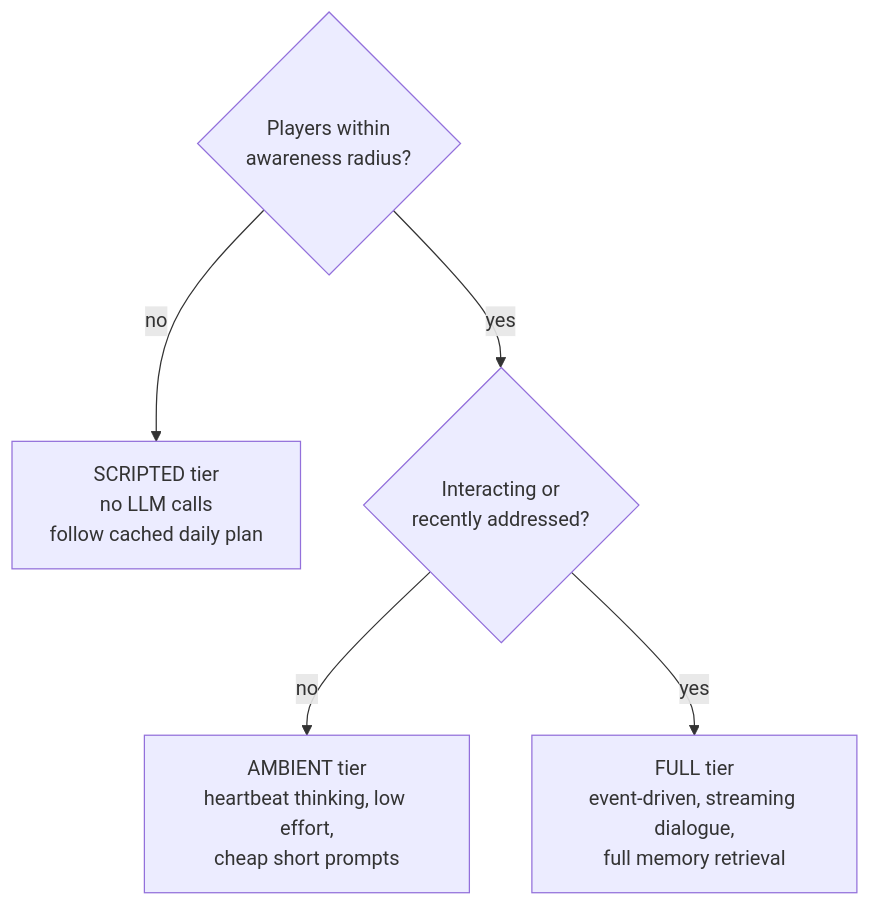
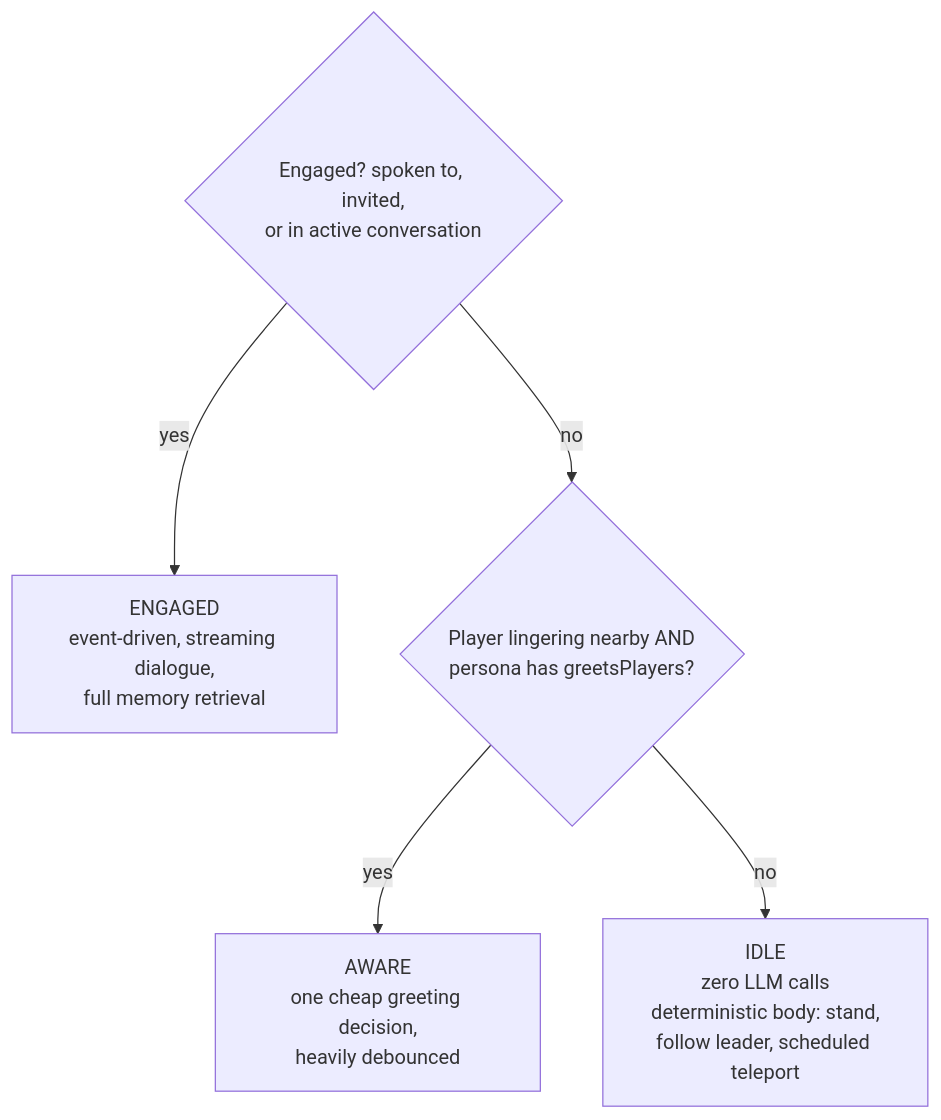
The third of 4 diagrams in docs/npc-engine-design.md (halfaipg/duskfell-poc), drawn with Mermaid before and after one commit. The commit also changed other lines of this file and 2 other files, not shown here.

First line of the commit message:
Document the NPC dialogue milestone and reproduction steps

````diff
--- a/docs/npc-engine-design.md
+++ b/docs/npc-engine-design.md
@@ -178,7 +192,7 @@
 ```mermaid
 flowchart TD
-    A{Players within<br/>awareness radius?} -- no --> S["SCRIPTED tier<br/>no LLM calls<br/>follow cached daily plan"]
-    A -- yes --> B{Interacting or<br/>recently addressed?}
-    B -- no --> AM["AMBIENT tier<br/>heartbeat thinking, low effort,<br/>cheap short prompts"]
-    B -- yes --> F["FULL tier<br/>event-driven, streaming dialogue,<br/>full memory retrieval"]
+    A{Engaged? spoken to, invited,<br/>or in active conversation} -- yes --> F["ENGAGED<br/>event-driven, streaming dialogue,<br/>full memory retrieval"]
+    A -- no --> B{Player lingering nearby AND<br/>persona has greetsPlayers?}
+    B -- yes --> G["AWARE<br/>one cheap greeting decision,<br/>heavily debounced"]
+    B -- no --> I["IDLE<br/>zero LLM calls<br/>deterministic body: stand,<br/>follow leader, scheduled teleport"]
 ```
````
